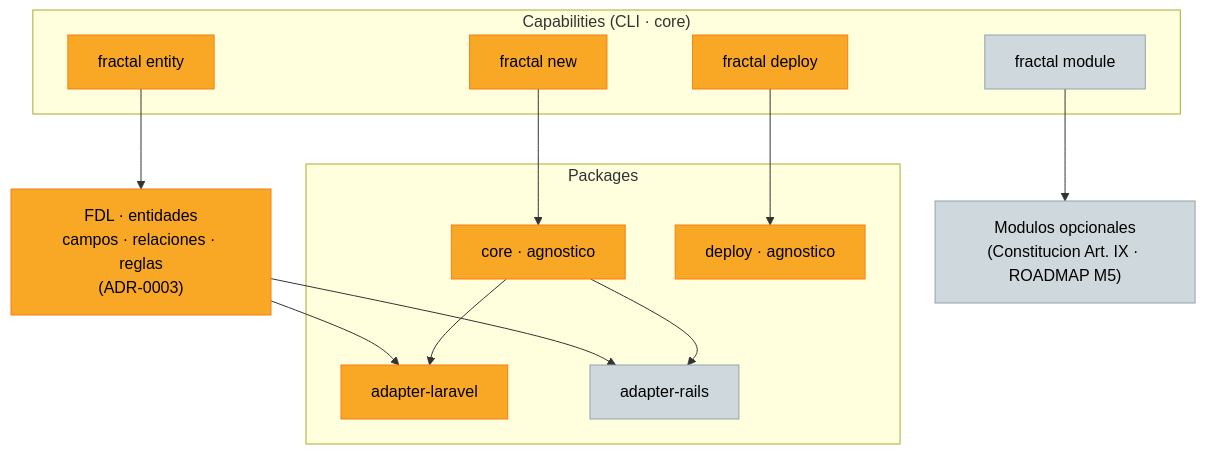
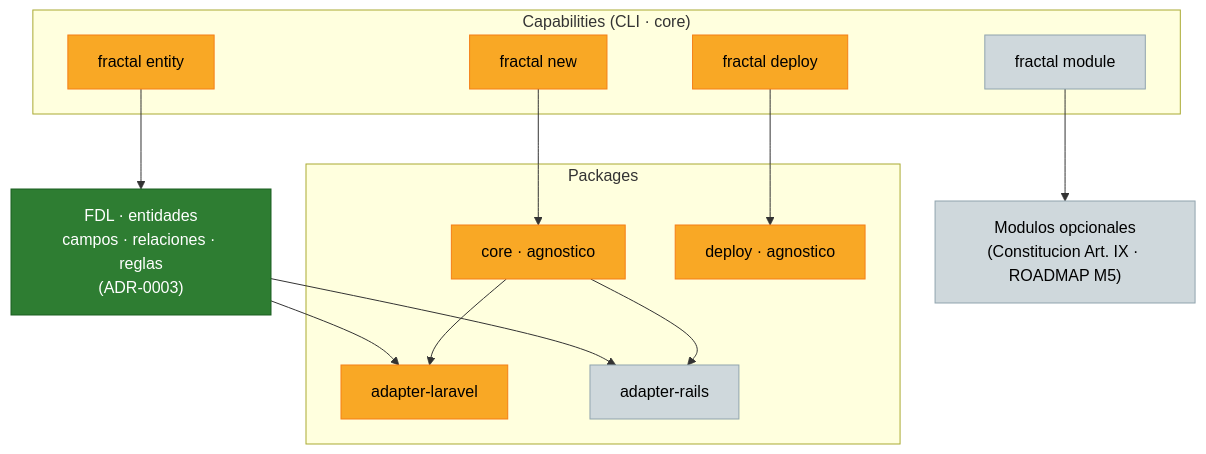
The second of 2 diagrams in docs/MAPA_DE_PROGRESO.md (dmaure/fractal), drawn with Mermaid before and after one commit. The commit also changed 3 other files, not shown here.

````diff
--- a/docs/MAPA_DE_PROGRESO.md
+++ b/docs/MAPA_DE_PROGRESO.md
@@ -105,35 +105,36 @@
 ```mermaid
 flowchart TD
     subgraph CAP["Capabilities (CLI · core)"]
         NEW["fractal new"]
         ENT["fractal entity"]
         DEP["fractal deploy"]
         MOD["fractal module"]
     end
 
     subgraph PKG["Packages"]
         CORE["core · agnostico"]
         ALAR["adapter-laravel"]
         ARAI["adapter-rails"]
         DEPLOY["deploy · agnostico"]
     end
 
     FDL["FDL · entidades<br/>campos · relaciones · reglas<br/>(ADR-0003)"]
     MODULOS["Modulos opcionales<br/>(Constitucion Art. IX · ROADMAP M5)"]
 
     NEW --> CORE
     ENT --> FDL
     FDL --> ALAR
     FDL --> ARAI
     MOD --> MODULOS
     CORE --> ALAR
     CORE --> ARAI
     DEP --> DEPLOY
 
     classDef done fill:#2e7d32,color:#fff,stroke:#1b5e20;
     classDef curso fill:#f9a825,color:#000,stroke:#f57f17;
     classDef pend fill:#cfd8dc,color:#000,stroke:#90a4ae;
 
-    class NEW,ENT,DEP,CORE,ALAR,DEPLOY,FDL curso;
+    class FDL done;
+    class NEW,ENT,DEP,CORE,ALAR,DEPLOY curso;
     class MOD,ARAI,MODULOS pend;
 ```
````
